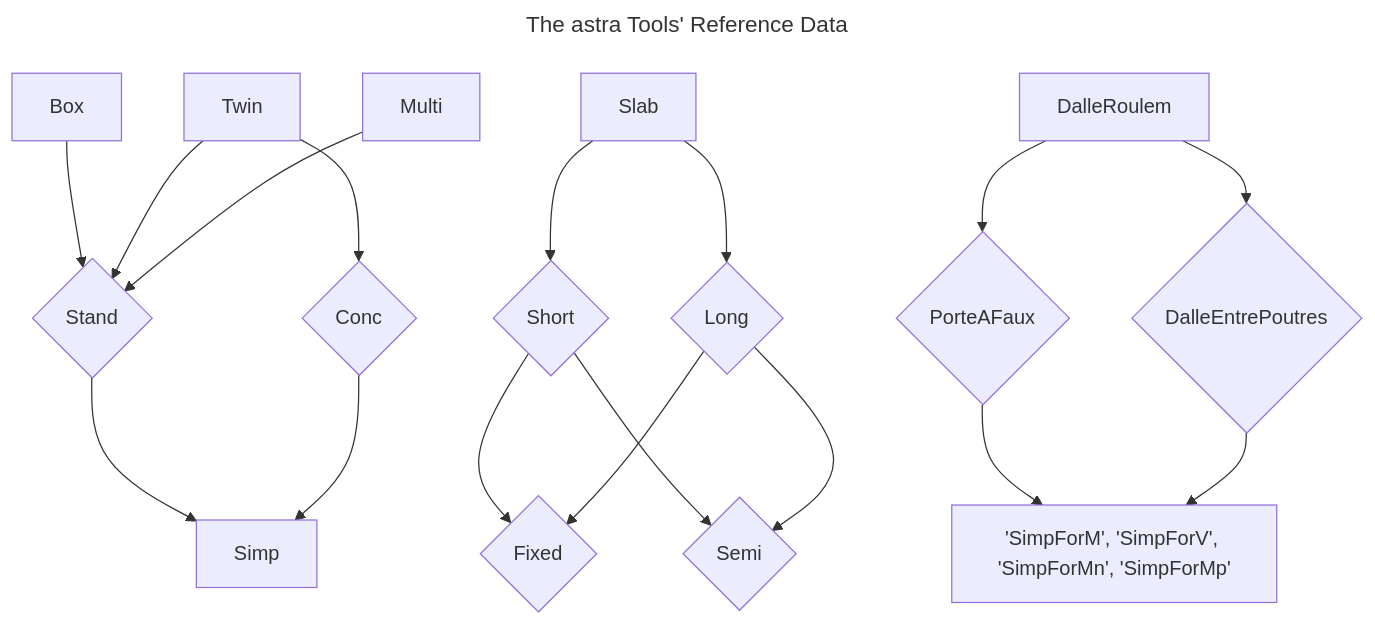
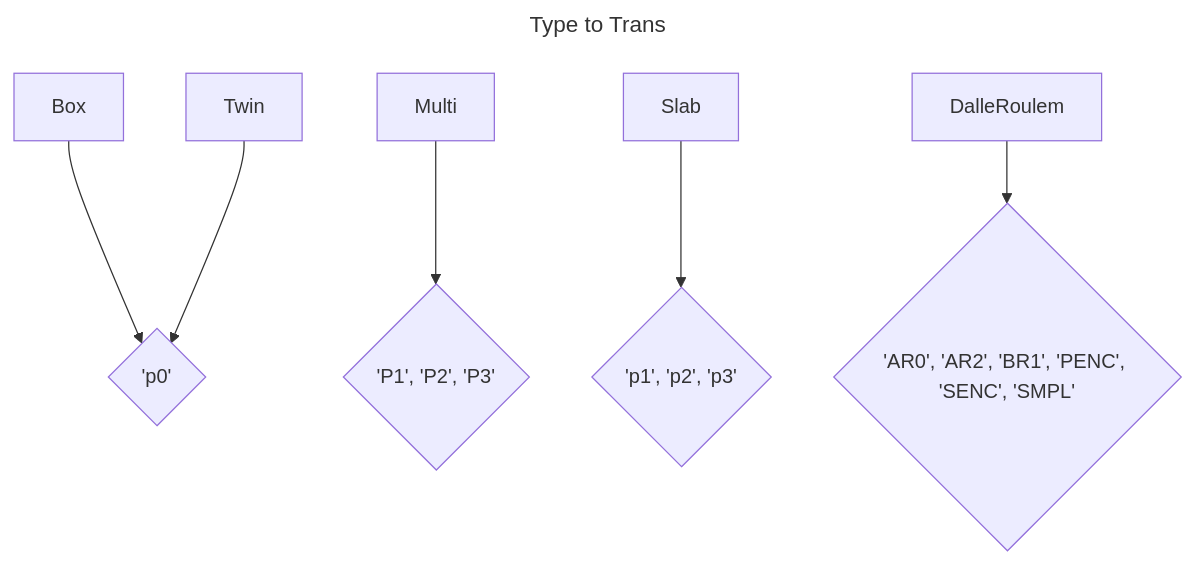
One commit to EPFL-ENAC/resslab-astra_82001 changed the seventh of 7 diagrams in README.md. Above: the diagram before and after it, drawn with Mermaid. The commit also changed other lines of this file, not shown here.

Commit message:
docs(README): add new graph

````diff
--- a/README.md
+++ b/README.md
@@ -61,77 +172,29 @@
 ```mermaid
 ---
-title: The astra Tools' Reference Data
+title: Type to Trans
 ---
 graph TD
-    %% Types to Width
-    %% Box -> Stand
-    %% Twin -> Stand, Conc
-    %% Multi -> Stand
-    %% Slab -> Long, Short
-    %% DalleRoulem --> 'PorteAFaux', 'DalleEntrePoutres'
 
-    A[Box] --> S1{Stand}
-    B[Twin] --> S1{Stand}
-    B[Twin] --> S2{Conc}
-    C[Multi] --> S1{Stand}
-    D[Slab] --> S3{Short}
-    D[Slab] --> S4{Long}
-    E[DalleRoulem] --> S5{PorteAFaux}
-    E[DalleRoulem] --> S6{DalleEntrePoutres}
-
-    %% SubTypes to Width
-    %% Box -> width18 and width12
-    %% Twin -> wid9
-    %% Multi -> Wid108
-    %% Slab -> Wid9, Wid18
-    %% DalleRoulem --> 'Wid1_22', 'Wid2_33', 'Wid3_44', 'Wid4_56', 'Wid5_67', 'Wid6_78',  'Wid3',    'Wid7_5', 'Wid12',
-
-
-    %% Span
-    %% Box -> 20,   30,   40,   50,   60,   70, 80
-    %% Twin -> 20,   30,   40,   50,   60,   70, 80
-    %% Multi -> 20,   30
-    %% Slab -> 4, 6, 8, 10, 15, 20, 25, 30
-    %% DalleRoulem --> 1.22, 2.33, 3.44,  4.56, 5.67, 6.78, 3,  7.5,   12
-
-
-    %% Subtype to Support
-    %% Box [ 'Simp' ]
-    %% Twin [ 'Simp' ]
-    %% Multi [ 'Simp' ]
-    %% Slab [ 'Fixed', 'Semi' ]
-    %% DalleRoulem [ 'SimpForM', 'SimpForV', 'SimpForMn', 'SimpForMp' ]
-    S1 --> SP1[Simp]
-    S2 --> SP1[Simp]
-    S3 --> SP3{Fixed}
-    S3 --> SP4{Semi}
-    S4 --> SP3{Fixed}
-    S4 --> SP4{Semi}
-    S5 --> SP5["'SimpForM', 'SimpForV', 'SimpForMn', 'SimpForMp'"]
-    S6 --> SP5["'SimpForM', 'SimpForV', 'SimpForMn', 'SimpForMp'"]
-
-    %% Layout
-    %% Box -> [ 'Uni2L', 'Bi2L', 'Bi4L' ]
-    %% Twin -> [ 'Uni2L', 'Bi2L' ]
-    %% Multi -> [ 'Uni2L', 'Bi2L' ]
-    %% Slab -> [ 'Uni2L', 'Bi2L', 'Bi4L' ]
-    %% DalleRoulem --> [ 'Uni2L', 'Bi2L' ]
-
-    %% AE
-    %% Box [ 'V', 'Mp', 'Mn' ]
-    %% Twin [ 'V', 'Mp', 'Mn' ]
-    %% Multi [ 'V', 'Mp', 'Mn' ]
-    %% Slab [ 'V', 'Mp', 'Mn', 'MxMid', 'MxEdg' ]
-    %% DalleRoulem [ 'M', 'V', 'Mn', 'Mp' ]
+    %% Trans
+    %% Box [ 'p0' ]
+    %% Twin [ 'p0' ]
+    %% Multi [ 'P1', 'P2', 'P3' ]
+    %% Slab [ 'p1', 'p2', 'p3' ]
+    %% DalleRoulem [ 'AR0', 'AR2', 'BR1', 'PENC', 'SENC', 'SMPL' ]
+    A[Box] --> S1{'p0'}
+    B[Twin] --> S1{'p0'}
+    C[Multi] --> S3{'P1', 'P2', 'P3'}
+    D[Slab] --> S4{'p1', 'p2', 'p3'}
+    E[DalleRoulem] --> S5{'AR0', 'AR2', 'BR1', 'PENC', 'SENC', 'SMPL'}
 
     %% Trans
     %% Box [ 'p0' ]
     %% Twin [ 'p0' ]
     %% Multi [ 'P1', 'P2', 'P3' ]
     %% Slab [ 'p1', 'p2', 'p3' ]
     %% DalleRoulem [ 'AR0', 'AR2', 'BR1', 'PENC', 'SENC', 'SMPL' ]
 
 classDef ToUpgrade stroke:#000,stroke-width:1px,fill:#ffb3b3,font-size:20px
 classDef Databases stroke:#000,stroke-width:1px,fill:#dfdffc,font-size:20px
 classDef App stroke:#000,stroke-width:1px,fill:#c1fbc1,font-size:30px,padding:10px
 ```
````
